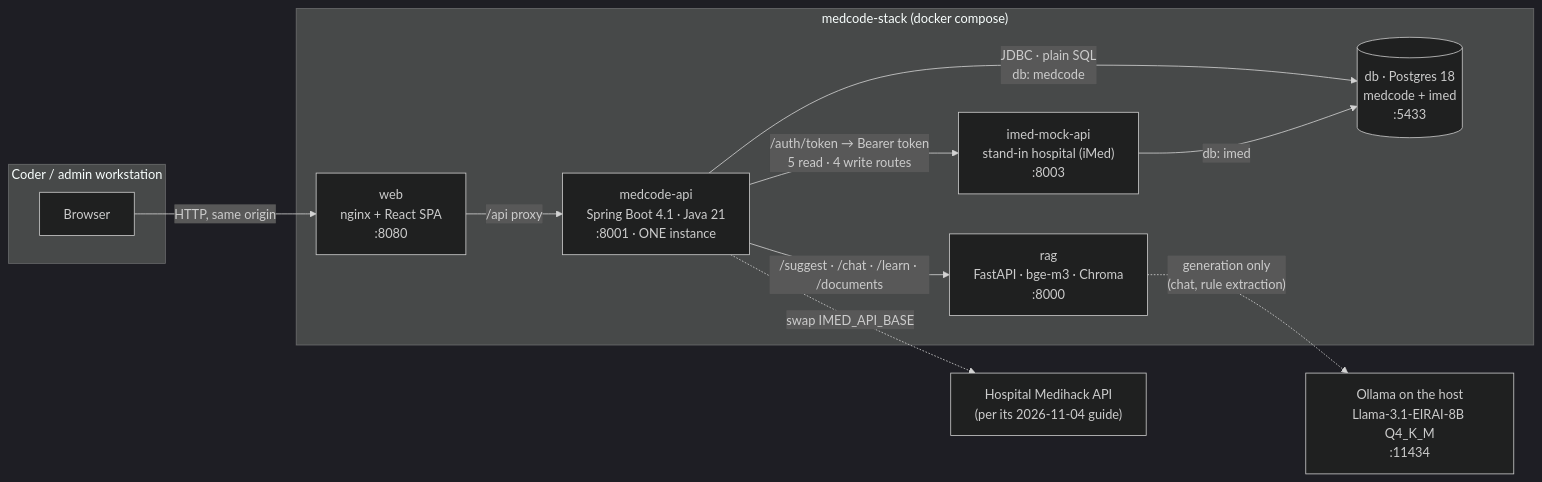
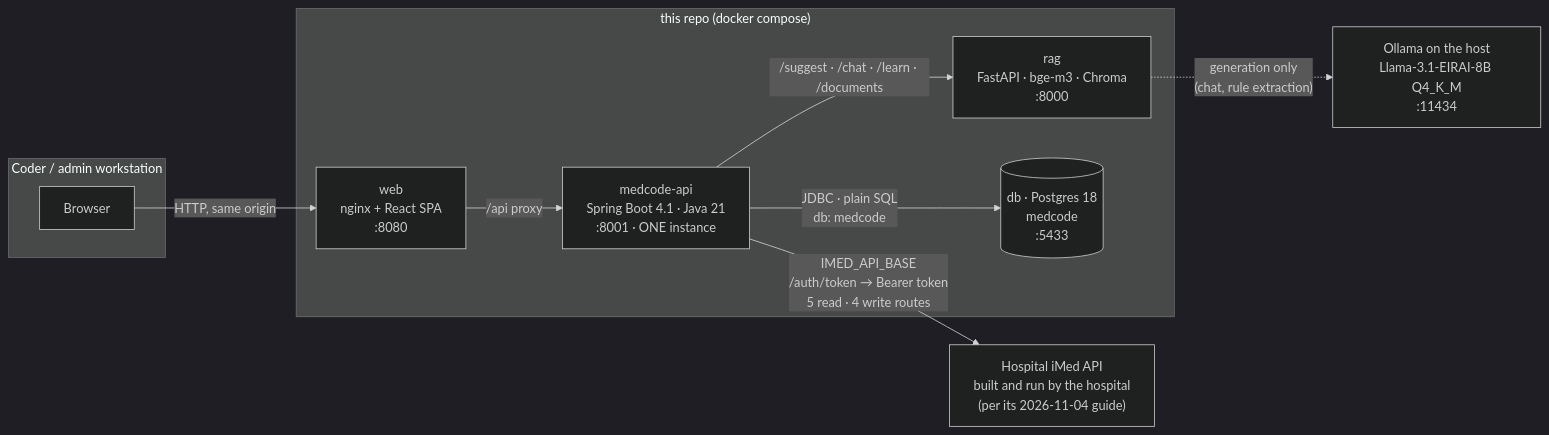
One commit to suvarna-stack/cura-ai changed the first of 5 diagrams in docs/architecture.md. Above: the diagram before and after it, drawn with Mermaid (dark theme). The commit also changed other lines of this file and 58 other files, not shown here.

First line of the commit message:
Remove the iMed mock: the hospital builds the real API

````diff
--- a/docs/architecture.md
+++ b/docs/architecture.md
@@ -17,26 +17,23 @@
 ```mermaid
 flowchart LR
   subgraph coder["Coder / admin workstation"]
     browser["Browser"]
   end
 
-  subgraph stack["medcode-stack (docker compose)"]
+  subgraph stack["this repo (docker compose)"]
     web["web<br/>nginx + React SPA<br/>:8080"]
     api["medcode-api<br/>Spring Boot 4.1 · Java 21<br/>:8001 · ONE instance"]
     rag["rag<br/>FastAPI · bge-m3 · Chroma<br/>:8000"]
-    db[("db · Postgres 18<br/>medcode + imed<br/>:5433")]
-    imed["imed-mock-api<br/>stand-in hospital (iMed)<br/>:8003"]
+    db[("db · Postgres 18<br/>medcode<br/>:5433")]
   end
 
   ollama["Ollama on the host<br/>Llama-3.1-EIRAI-8B Q4_K_M<br/>:11434"]
-  real["Hospital Medihack API<br/>(per its 2026-11-04 guide)"]
+  real["Hospital iMed API<br/>built and run by the hospital<br/>(per its 2026-11-04 guide)"]
 
   browser -->|"HTTP, same origin"| web
   web -->|"/api proxy"| api
   api -->|"JDBC · plain SQL<br/>db: medcode"| db
-  imed -->|"db: imed"| db
-  api -->|"/auth/token → Bearer token<br/>5 read · 4 write routes"| imed
-  api -.->|"swap IMED_API_BASE"| real
+  api -->|"IMED_API_BASE<br/>/auth/token → Bearer token<br/>5 read · 4 write routes"| real
   api -->|"/suggest · /chat · /learn · /documents"| rag
   rag -.->|"generation only<br/>(chat, rule extraction)"| ollama
 ```
````
